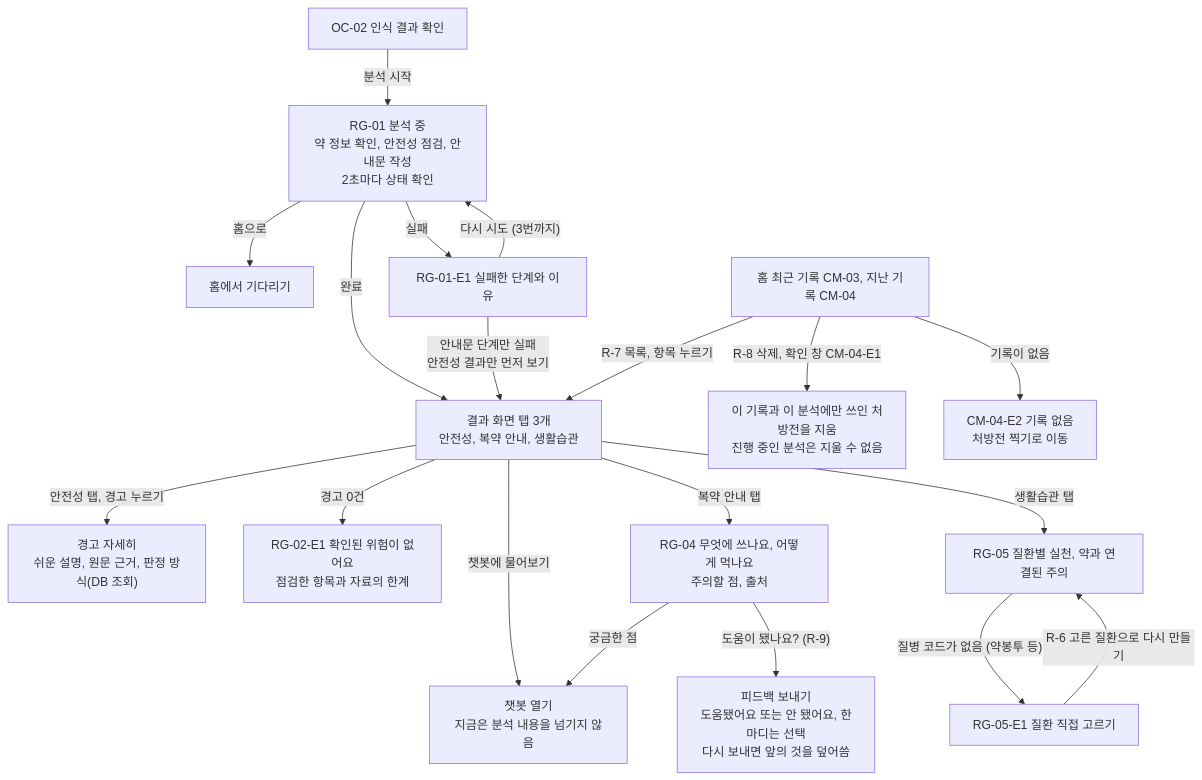
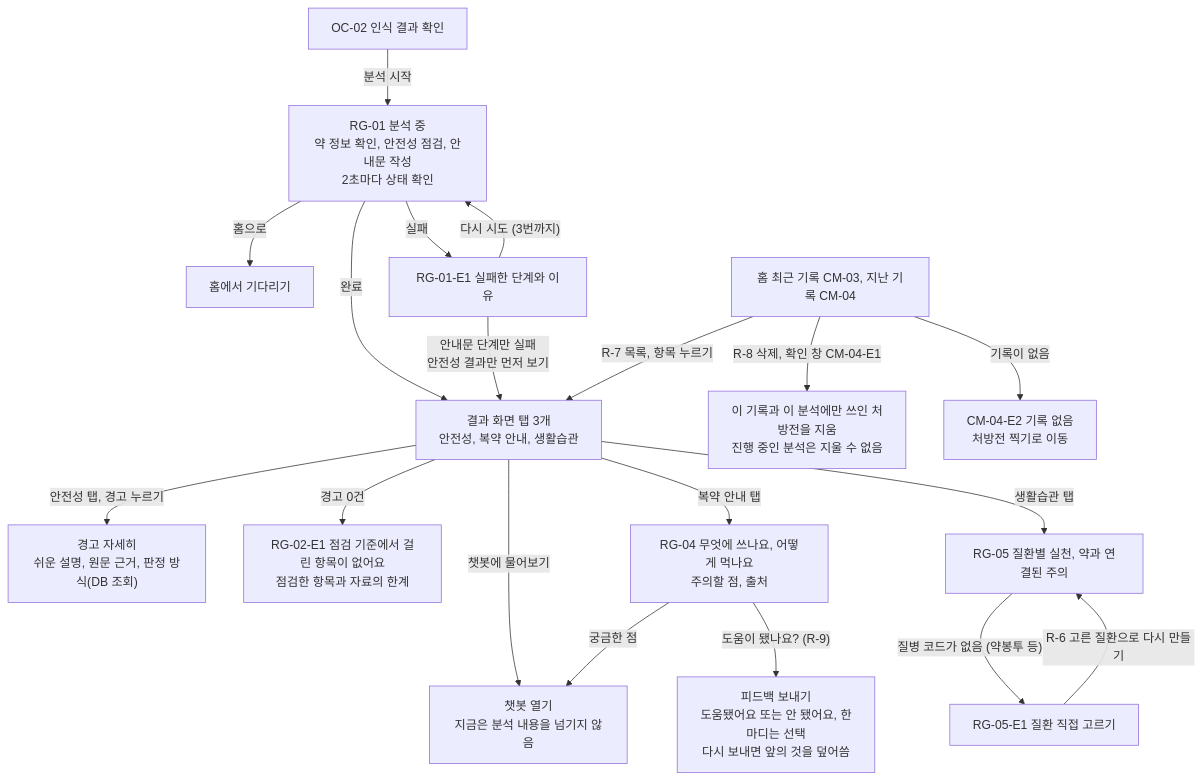
One commit to AI-HealthCare-06/AH_06_05 changed the fifth of 8 diagrams in docs/design/flowcharts_ocr_rag.md. Above: the diagram before and after it, drawn with Mermaid. The commit also changed other lines of this file and 9 other files, not shown here.

````diff
--- a/docs/design/flowcharts_ocr_rag.md
+++ b/docs/design/flowcharts_ocr_rag.md
@@ -168,21 +169,21 @@
 ```mermaid
 flowchart TD
     O2["OC-02 인식 결과 확인"] -- "분석 시작" --> R1["RG-01 분석 중<br/>약 정보 확인, 안전성 점검, 안내문 작성<br/>2초마다 상태 확인"]
     R1 -- "홈으로" --> HM["홈에서 기다리기"]
     R1 -- "완료" --> R2["결과 화면 탭 3개<br/>안전성, 복약 안내, 생활습관"]
     R1 -- "실패" --> EF["RG-01-E1 실패한 단계와 이유"]
     EF -- "다시 시도 (3번까지)" --> R1
     EF -- "안내문 단계만 실패<br/>안전성 결과만 먼저 보기" --> R2
     R2 -- "안전성 탭, 경고 누르기" --> R3["경고 자세히<br/>쉬운 설명, 원문 근거, 판정 방식(DB 조회)"]
-    R2 -- "경고 0건" --> R2E["RG-02-E1 확인된 위험이 없어요<br/>점검한 항목과 자료의 한계"]
+    R2 -- "경고 0건" --> R2E["RG-02-E1 점검 기준에서 걸린 항목이 없어요<br/>점검한 항목과 자료의 한계"]
     R2 -- "복약 안내 탭" --> R4["RG-04 무엇에 쓰나요, 어떻게 먹나요<br/>주의할 점, 출처"]
     R2 -- "생활습관 탭" --> R5["RG-05 질환별 실천, 약과 연결된 주의"]
     R5 -- "질병 코드가 없음 (약봉투 등)" --> R5E["RG-05-E1 질환 직접 고르기"]
     R5E -- "R-6 고른 질환으로 다시 만들기" --> R5
     R2 -- "챗봇에 물어보기" --> CB["챗봇 열기<br/>지금은 분석 내용을 넘기지 않음"]
     R4 -- "궁금한 점" --> CB
     R4 -- "도움이 됐나요? (R-9)" --> FB["피드백 보내기<br/>도움됐어요 또는 안 됐어요, 한마디는 선택<br/>다시 보내면 앞의 것을 덮어씀"]
     HM2["홈 최근 기록 CM-03, 지난 기록 CM-04"] -- "R-7 목록, 항목 누르기" --> R2
     HM2 -- "R-8 삭제, 확인 창 CM-04-E1" --> DEL["이 기록과 이 분석에만 쓰인 처방전을 지움<br/>진행 중인 분석은 지울 수 없음"]
     HM2 -- "기록이 없음" --> EM["CM-04-E2 기록 없음<br/>처방전 찍기로 이동"]
 ```
````
